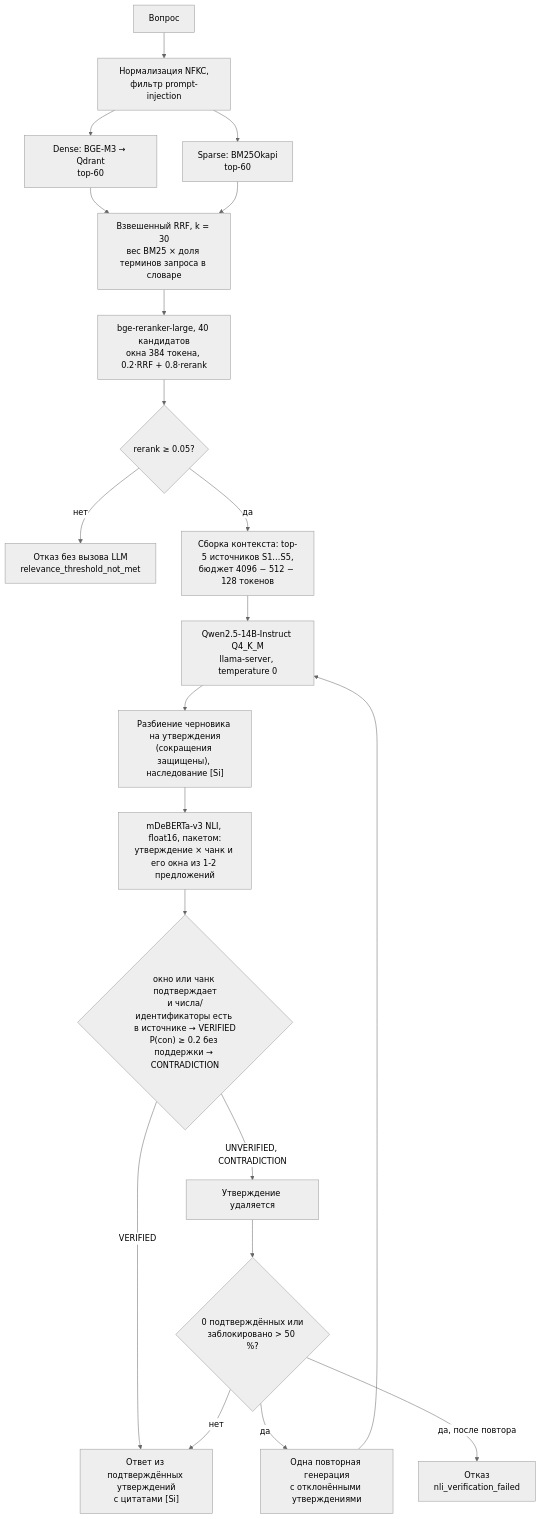
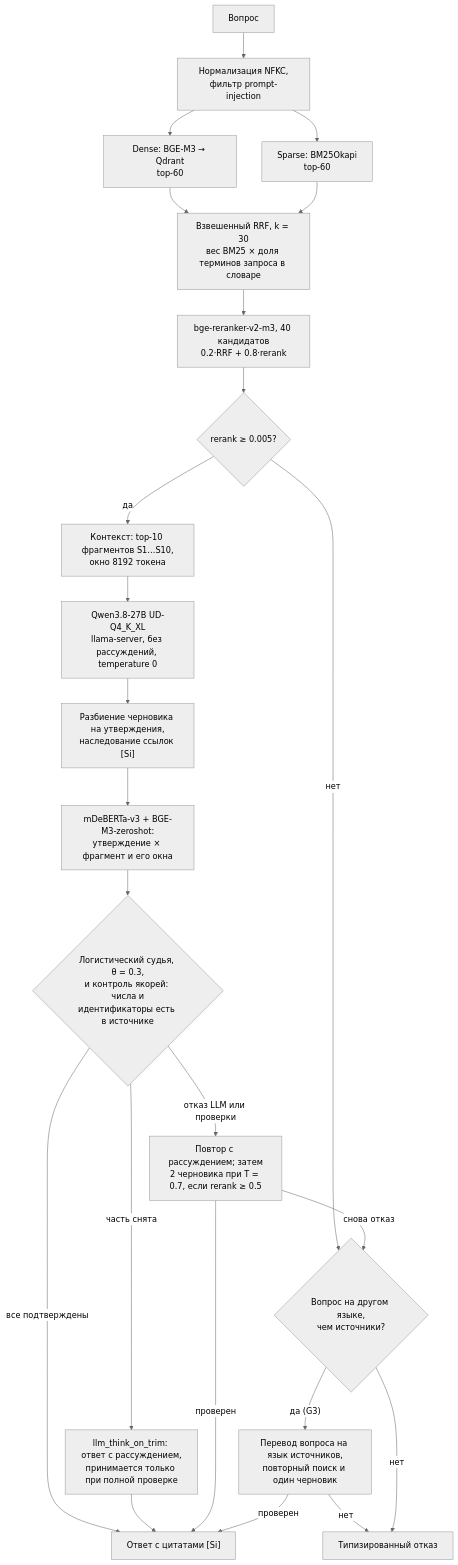
Before and after one commit to EGRNEGR/FactRAG-NLI: the diagram in README.md, drawn with Mermaid (neutral theme). The commit also changed other lines of this file and 6 other files, not shown here.

First line of the commit message:
README: final RTX 3090 configuration, results by optimization stage, verifier and second-generator charts; prototype kept as history

````diff
--- a/README.md
+++ b/README.md
@@ -41,23 +28,26 @@
 ```mermaid
 graph TD
     Q["Вопрос"] --> N["Нормализация NFKC,<br/>фильтр prompt-injection"]
     N --> D["Dense: BGE-M3 → Qdrant<br/>top-60"]
     N --> S["Sparse: BM25Okapi<br/>top-60"]
     D --> F["Взвешенный RRF, k = 30<br/>вес BM25 × доля терминов запроса в словаре"]
     S --> F
-    F --> R["bge-reranker-large, 40 кандидатов<br/>окна 384 токена, 0.2·RRF + 0.8·rerank"]
-    R --> G1{"rerank ≥ 0.05?"}
-    G1 -- "нет" --> X1["Отказ без вызова LLM<br/>relevance_threshold_not_met"]
-    G1 -- "да" --> C["Сборка контекста: top-5 источников S1…S5,<br/>бюджет 4096 − 512 − 128 токенов"]
-    C --> L["Qwen2.5-14B-Instruct Q4_K_M<br/>llama-server, temperature 0"]
-    L --> SP["Разбиение черновика на утверждения<br/>(сокращения защищены), наследование [Si]"]
-    SP --> V["mDeBERTa-v3 NLI, float16, пакетом:<br/>утверждение × чанк и его окна из 1-2 предложений"]
-    V --> G2{"окно или чанк подтверждает<br/>и числа/идентификаторы есть в источнике → VERIFIED<br/>P(con) ≥ 0.2 без поддержки → CONTRADICTION"}
-    G2 -- "VERIFIED" --> O["Ответ из подтверждённых утверждений<br/>с цитатами [Si]"]
-    G2 -- "UNVERIFIED, CONTRADICTION" --> DROP["Утверждение удаляется"]
-    DROP --> G3{"0 подтверждённых или<br/>заблокировано > 50 %?"}
-    G3 -- "да" --> RP["Одна повторная генерация<br/>с отклонёнными утверждениями"]
-    RP --> L
-    G3 -- "да, после повтора" --> X2["Отказ<br/>nli_verification_failed"]
-    G3 -- "нет" --> O
+    F --> R["bge-reranker-v2-m3, 40 кандидатов<br/>0.2·RRF + 0.8·rerank"]
+    R --> G1{"rerank ≥ 0.005?"}
+    G1 -- "нет" --> T{"Вопрос на другом языке,<br/>чем источники?"}
+    G1 -- "да" --> C["Контекст: top-10 фрагментов S1…S10,<br/>окно 8192 токена"]
+    C --> L["Qwen3.8-27B UD-Q4_K_XL<br/>llama-server, без рассуждений, temperature 0"]
+    L --> SP["Разбиение черновика на утверждения,<br/>наследование ссылок [Si]"]
+    SP --> V["mDeBERTa-v3 + BGE-M3-zeroshot:<br/>утверждение × фрагмент и его окна"]
+    V --> J{"Логистический судья, θ = 0.3,<br/>и контроль якорей: числа и<br/>идентификаторы есть в источнике"}
+    J -- "все подтверждены" --> O["Ответ с цитатами [Si]"]
+    J -- "часть снята" --> TT["llm_think_on_trim: ответ с рассуждением,<br/>принимается только при полной проверке"]
+    TT --> O
+    J -- "отказ LLM или проверки" --> RT["Повтор с рассуждением; затем<br/>2 черновика при T = 0.7, если rerank ≥ 0.5"]
+    RT -- "проверен" --> O
+    RT -- "снова отказ" --> T
+    T -- "да (G3)" --> TR["Перевод вопроса на язык источников,<br/>повторный поиск и один черновик"]
+    TR -- "проверен" --> O
+    TR -- "нет" --> X
+    T -- "нет" --> X["Типизированный отказ"]
 ```
````
